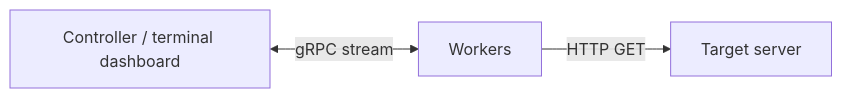
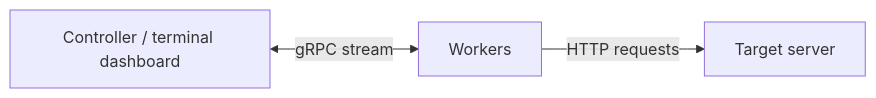
The diagram in README.md (ryokotaka/SwarmGo), drawn with Mermaid before and after one commit. The commit also changed other lines of this file and 17 other files, not shown here.

````diff
--- a/README.md
+++ b/README.md
@@ -95,5 +125,5 @@
 ```mermaid
 flowchart LR
     C[Controller / terminal dashboard] <-->|gRPC stream| W[Workers]
-    W -->|HTTP GET| T[Target server]
+    W -->|HTTP requests| T[Target server]
 ```
````
